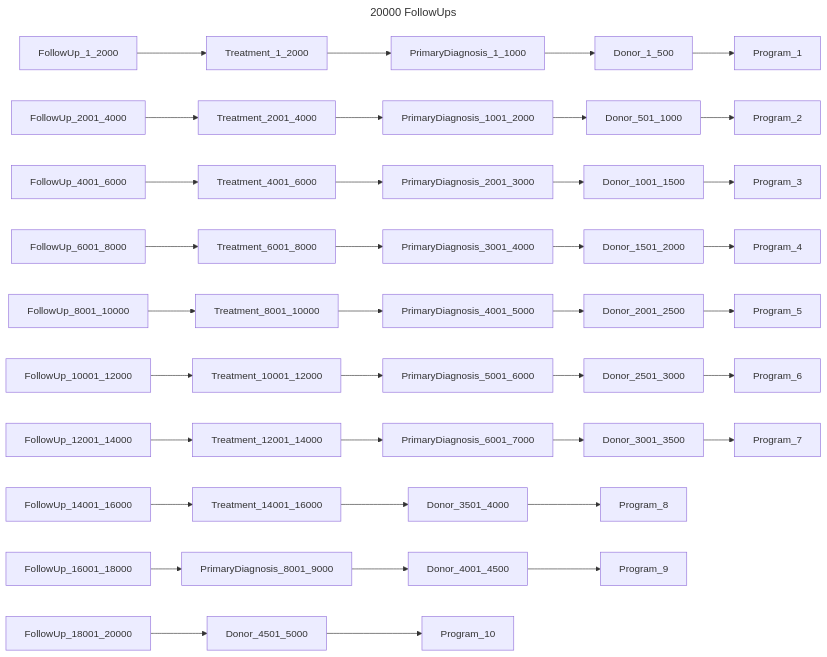
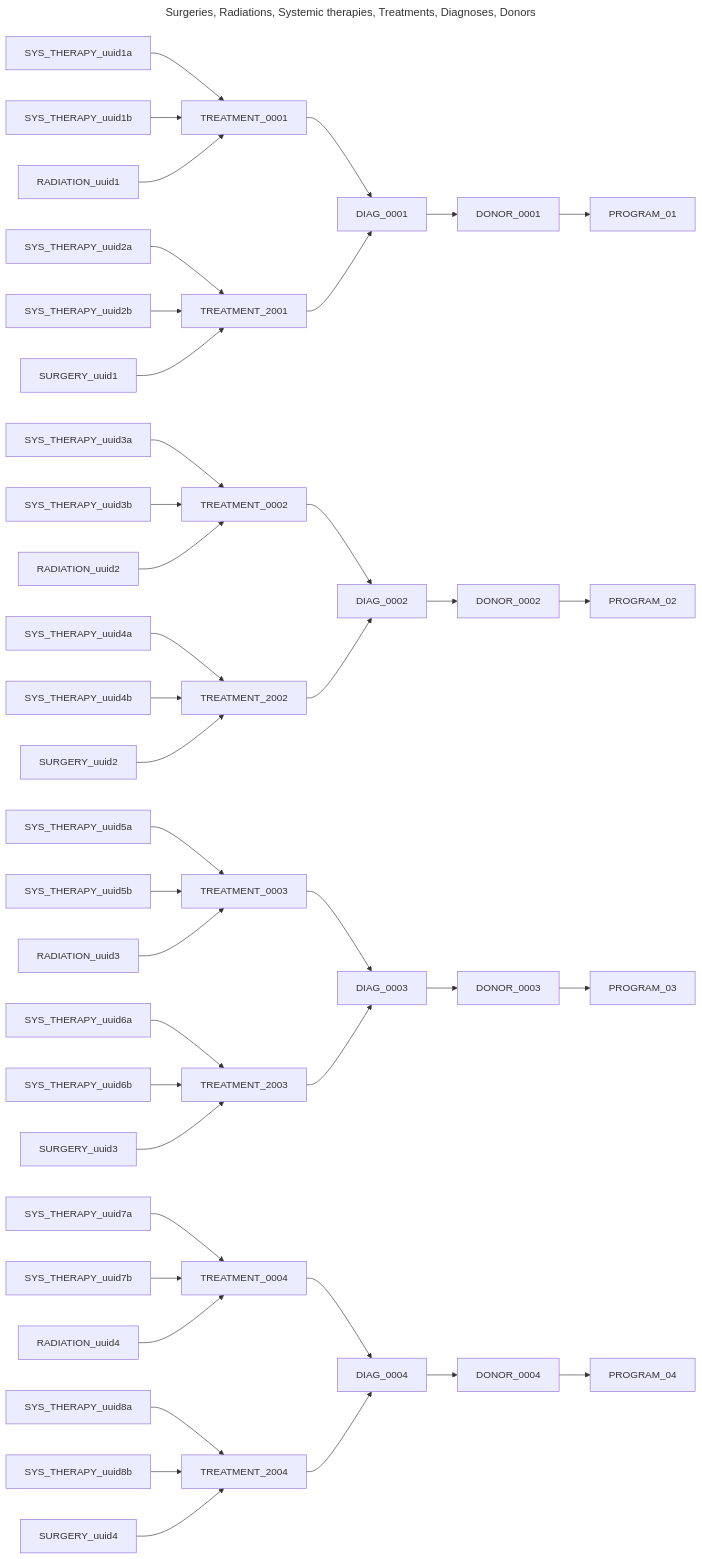
Before and after one commit to CanDIG/katsu: the second of 4 diagrams in chord_metadata_service/mohpackets/data/large_dataset/README.md, drawn with Mermaid. The commit also changed other lines of this file and 43 other files, not shown here.

````diff
--- a/chord_metadata_service/mohpackets/data/large_dataset/README.md
+++ b/chord_metadata_service/mohpackets/data/large_dataset/README.md
@@ -159,17 +59,42 @@
 ```mermaid
 ---
-title: 20000 FollowUps
+title: Surgeries, Radiations, Systemic therapies, Treatments, Diagnoses, Donors
 ---
 graph LR;  
-  FollowUp_1_2000 --> Treatment_1_2000 --> PrimaryDiagnosis_1_1000 --> Donor_1_500 --> Program_1;
-  FollowUp_2001_4000 --> Treatment_2001_4000 --> PrimaryDiagnosis_1001_2000 --> Donor_501_1000 --> Program_2;
-  FollowUp_4001_6000 --> Treatment_4001_6000 --> PrimaryDiagnosis_2001_3000 --> Donor_1001_1500 --> Program_3;
-  FollowUp_6001_8000 --> Treatment_6001_8000 --> PrimaryDiagnosis_3001_4000 --> Donor_1501_2000 --> Program_4;
-  FollowUp_8001_10000 --> Treatment_8001_10000 --> PrimaryDiagnosis_4001_5000 --> Donor_2001_2500 --> Program_5;
-  FollowUp_10001_12000 --> Treatment_10001_12000 --> PrimaryDiagnosis_5001_6000 --> Donor_2501_3000 --> Program_6;
-  FollowUp_12001_14000 --> Treatment_12001_14000 --> PrimaryDiagnosis_6001_7000 --> Donor_3001_3500 --> Program_7;
-  FollowUp_14001_16000 --> Treatment_14001_16000 --> Donor_3501_4000 --> Program_8;
-  FollowUp_16001_18000 --> PrimaryDiagnosis_8001_9000 --> Donor_4001_4500 --> Program_9;
-  FollowUp_18001_20000 --> Donor_4501_5000 --> Program_10;
-
+  DIAG_0001 --> DONOR_0001 --> PROGRAM_01;  
+  DIAG_0002 --> DONOR_0002 --> PROGRAM_02;  
+  DIAG_0003 --> DONOR_0003 --> PROGRAM_03;  
+  DIAG_0004 --> DONOR_0004 --> PROGRAM_04;
+  TREATMENT_0001 --> DIAG_0001;
+  TREATMENT_2001 --> DIAG_0001;  
+  TREATMENT_0002 --> DIAG_0002; 
+  TREATMENT_2002 --> DIAG_0002;  
+  TREATMENT_0003 --> DIAG_0003; 
+  TREATMENT_2003 --> DIAG_0003; 
+  TREATMENT_0004 --> DIAG_0004; 
+  TREATMENT_2004 --> DIAG_0004; 
+  SYS_THERAPY_uuid1a --> TREATMENT_0001;
+  SYS_THERAPY_uuid1b --> TREATMENT_0001;
+  SYS_THERAPY_uuid2a --> TREATMENT_2001;
+  SYS_THERAPY_uuid2b --> TREATMENT_2001;  
+  SYS_THERAPY_uuid3a --> TREATMENT_0002; 
+  SYS_THERAPY_uuid3b --> TREATMENT_0002; 
+  SYS_THERAPY_uuid4a --> TREATMENT_2002;  
+  SYS_THERAPY_uuid4b --> TREATMENT_2002;  
+  SYS_THERAPY_uuid5a --> TREATMENT_0003; 
+  SYS_THERAPY_uuid5b --> TREATMENT_0003; 
+  SYS_THERAPY_uuid6a --> TREATMENT_2003; 
+  SYS_THERAPY_uuid6b --> TREATMENT_2003; 
+  SYS_THERAPY_uuid7a --> TREATMENT_0004; 
+  SYS_THERAPY_uuid7b --> TREATMENT_0004; 
+  SYS_THERAPY_uuid8a --> TREATMENT_2004;
+  SYS_THERAPY_uuid8b --> TREATMENT_2004;
+  RADIATION_uuid1 --> TREATMENT_0001;
+  RADIATION_uuid2 --> TREATMENT_0002; 
+  RADIATION_uuid3 --> TREATMENT_0003;  
+  RADIATION_uuid4 --> TREATMENT_0004;  
+  SURGERY_uuid1 --> TREATMENT_2001;
+  SURGERY_uuid2 --> TREATMENT_2002; 
+  SURGERY_uuid3 --> TREATMENT_2003;  
+  SURGERY_uuid4 --> TREATMENT_2004;  
 ```
````
